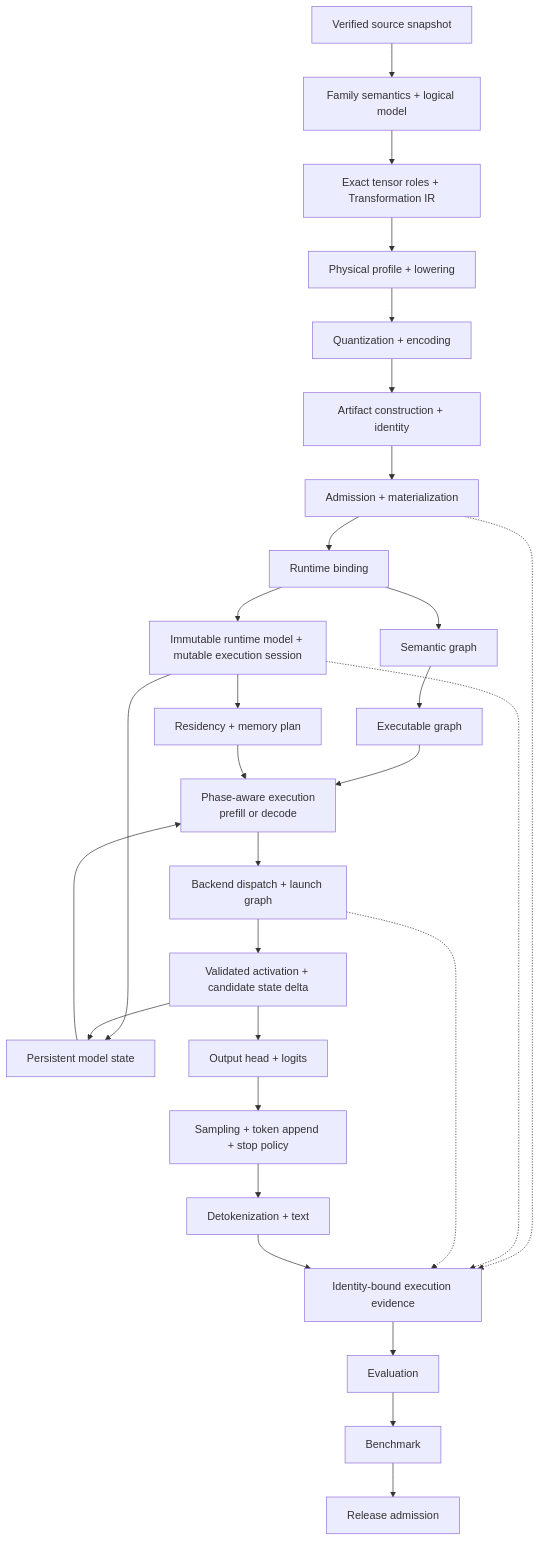
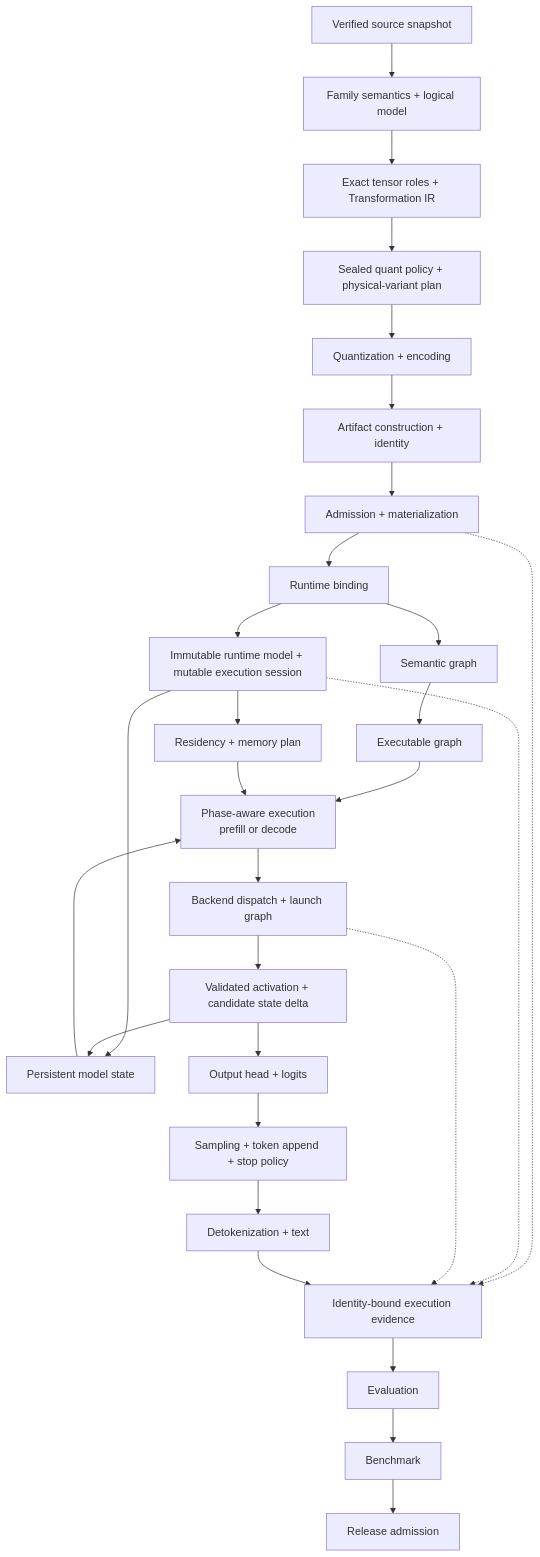
The diagram in README.md (yailabs/clori), drawn with Mermaid before and after one commit. The commit also changed other lines of this file and 45 other files, not shown here.

Commit message:
feat(compilation): execute policy-driven physical variants

````diff
--- a/README.md
+++ b/README.md
@@ -59,31 +59,31 @@
 ```mermaid
 flowchart TD
     S["Verified source snapshot"] --> L["Family semantics + logical model"]
     L --> T["Exact tensor roles + Transformation IR"]
-    T --> P["Physical profile + lowering"]
+    T --> P["Sealed quant policy + physical-variant plan"]
     P --> Q["Quantization + encoding"]
     Q --> A["Artifact construction + identity"]
     A --> I["Admission + materialization"]
     I --> B["Runtime binding"]
     B --> R["Immutable runtime model + mutable execution session"]
     B --> SG["Semantic graph"]
     SG --> EG["Executable graph"]
     R --> M["Residency + memory plan"]
     R --> K["Persistent model state"]
     EG --> PH["Phase-aware execution<br/>prefill or decode"]
     M --> PH
     K --> PH
     PH --> X["Backend dispatch + launch graph"]
     X --> C["Validated activation + candidate state delta"]
     C --> K
     C --> O["Output head + logits"]
     O --> SP["Sampling + token append + stop policy"]
     SP --> D["Detokenization + text"]
     I -.-> E["Identity-bound execution evidence"]
     R -.-> E
     X -.-> E
     D --> E
     E --> V["Evaluation"]
     V --> BM["Benchmark"]
     BM --> RA["Release admission"]
 ```
````
